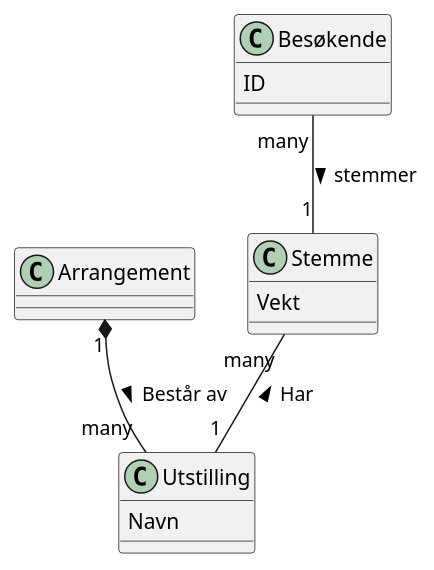
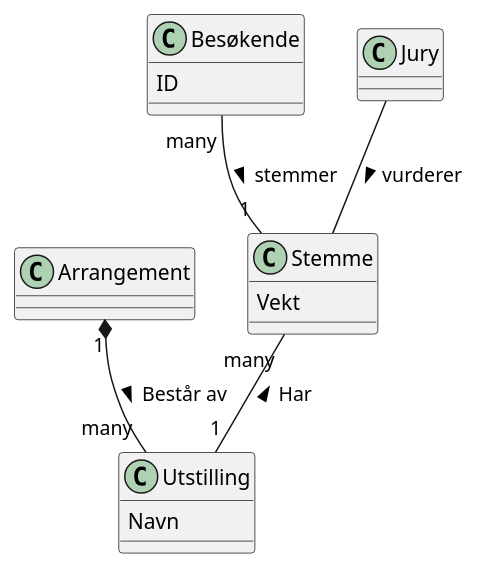
Before and after one commit to trulsma/DAT109_Prosjekt: the diagram in Diagrammer/Domenemodell.puml, drawn with PlantUML.

Commit message:
Jury added

```diff
--- a/Diagrammer/Domenemodell.puml
+++ b/Diagrammer/Domenemodell.puml
@@ -1,24 +1,29 @@
 @startuml
 
 class Arrangement {
 }
 
 class Utstilling {
     Navn
 }
 
 class Stemme {
     Vekt
 }
 
 class Besøkende{
     ID
 }
 
+class Jury{
+}
+
+Jury -- Stemme : > vurderer
+
 Besøkende "many" -- "1" Stemme : > stemmer
 
 Arrangement "1" *-- "many" Utstilling : Består av >
 
 Stemme "many" -- "1" Utstilling : < Har
 
 @enduml
```
